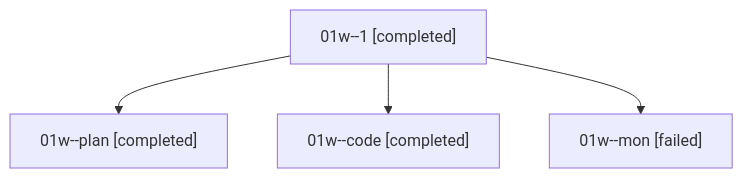
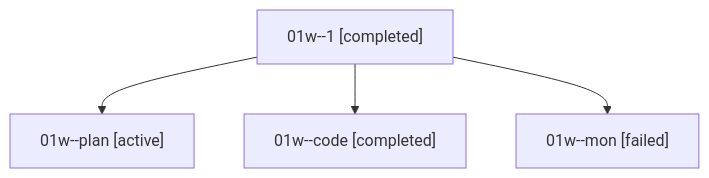
One commit to sase-org/sase--agents changed the diagram in families/bbugyi200.athena.01w.md. Above: the diagram before and after it, drawn with Mermaid. The commit also changed other lines of this file and 35830 other files, not shown here.

````diff
--- a/families/bbugyi200.athena.01w.md
+++ b/families/bbugyi200.athena.01w.md
@@ -9,10 +9,10 @@
 ```mermaid
 flowchart TD
   n0["01w--1 [completed]"]
-  n1["01w--plan [completed]"]
+  n1["01w--plan [active]"]
   n0 --> n1
   n2["01w--code [completed]"]
   n0 --> n2
   n3["01w--mon [failed]"]
   n0 --> n3
 ```
````
